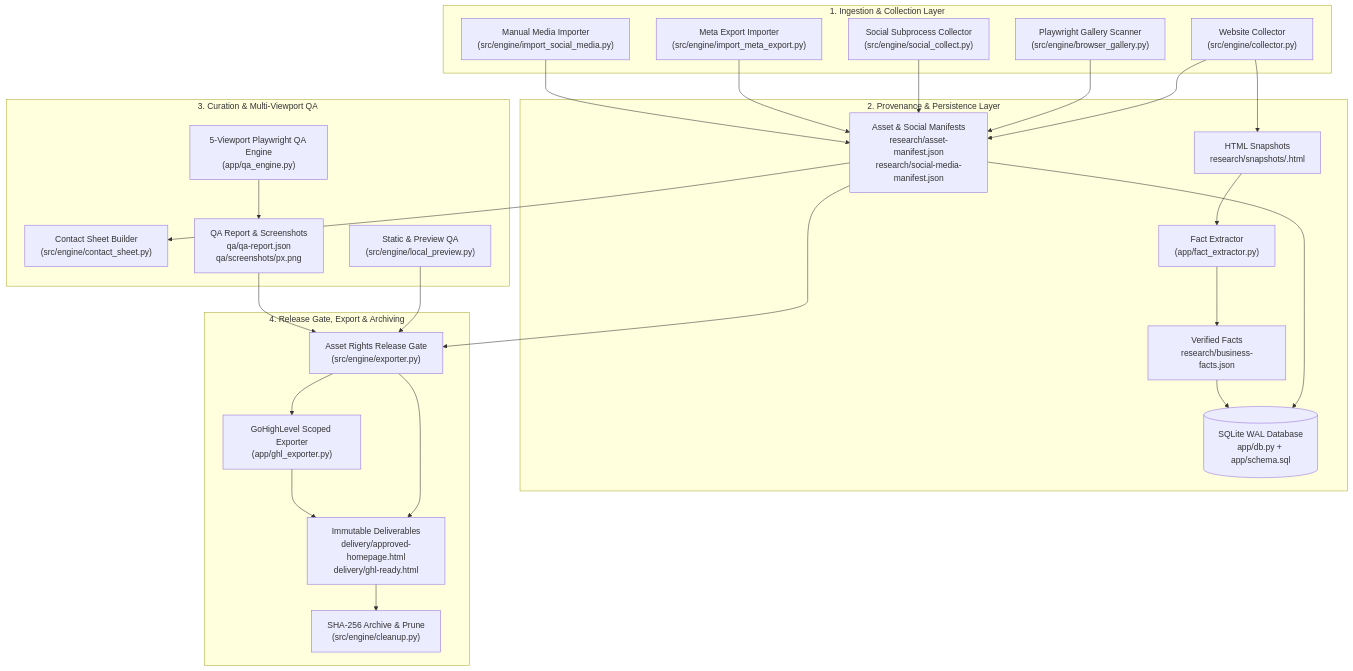
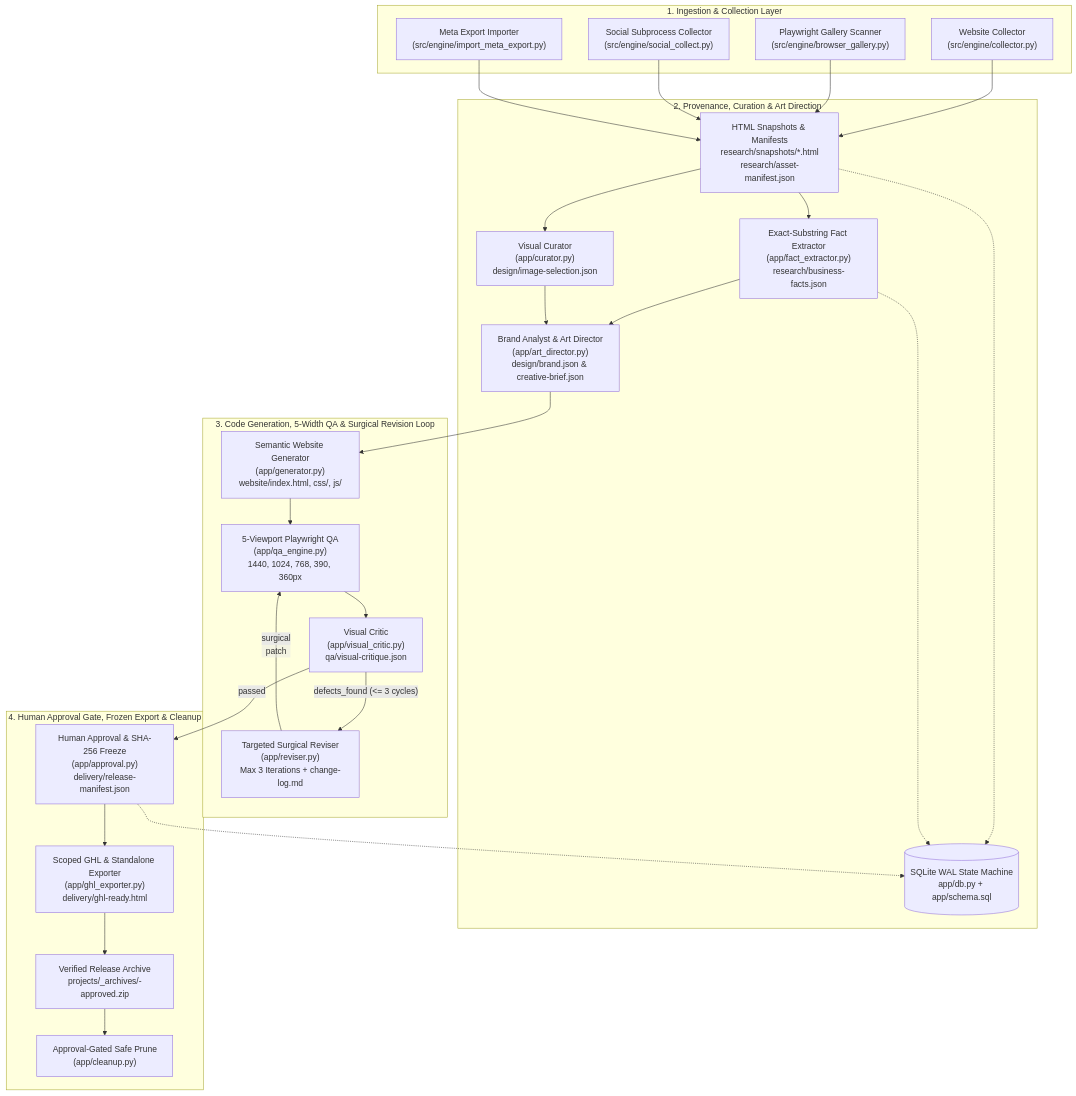
The first of 2 diagrams in README.md (rashidtesting8-ops/pet-gromming-agent-factory), drawn with Mermaid before and after one commit. The commit also changed other lines of this file, not shown here.

````diff
--- a/README.md
+++ b/README.md
@@ -83,52 +88,52 @@
 ```mermaid
 flowchart TB
     subgraph Intake["1. Ingestion & Collection Layer"]
         WC["Website Collector<br/>(src/engine/collector.py)"]
         BG["Playwright Gallery Scanner<br/>(src/engine/browser_gallery.py)"]
         SC["Social Subprocess Collector<br/>(src/engine/social_collect.py)"]
         ME["Meta Export Importer<br/>(src/engine/import_meta_export.py)"]
-        SI["Manual Media Importer<br/>(src/engine/import_social_media.py)"]
     end
 
-    subgraph Storage["2. Provenance & Persistence Layer"]
-        SNAP["HTML Snapshots<br/>research/snapshots/<sha256>.html"]
-        MAN["Asset & Social Manifests<br/>research/asset-manifest.json<br/>research/social-media-manifest.json"]
-        DB[("SQLite WAL Database<br/>app/db.py + app/schema.sql")]
-        FE["Fact Extractor<br/>(app/fact_extractor.py)"]
-        FACTS["Verified Facts<br/>research/business-facts.json"]
+    subgraph Intelligence["2. Provenance, Curation & Art Direction"]
+        SNAP["HTML Snapshots & Manifests<br/>research/snapshots/*.html<br/>research/asset-manifest.json"]
+        FE["Exact-Substring Fact Extractor<br/>(app/fact_extractor.py)<br/>research/business-facts.json"]
+        CUR["Visual Curator<br/>(app/curator.py)<br/>design/image-selection.json"]
+        ART["Brand Analyst & Art Director<br/>(app/art_director.py)<br/>design/brand.json & creative-brief.json"]
+        DB[("SQLite WAL State Machine<br/>app/db.py + app/schema.sql")]
     end
 
-    subgraph Verification["3. Curation & Multi-Viewport QA"]
-        CS["Contact Sheet Builder<br/>(src/engine/contact_sheet.py)"]
-        LP["Static & Preview QA<br/>(src/engine/local_preview.py)"]
-        QA["5-Viewport Playwright QA Engine<br/>(app/qa_engine.py)"]
-        QAR["QA Report & Screenshots<br/>qa/qa-report.json<br/>qa/screenshots/<width>px.png"]
+    subgraph Synthesis["3. Code Generation, 5-Width QA & Surgical Revision Loop"]
+        GEN["Semantic Website Generator<br/>(app/generator.py)<br/>website/index.html, css/, js/"]
+        QA["5-Viewport Playwright QA<br/>(app/qa_engine.py)<br/>1440, 1024, 768, 390, 360px"]
+        VC["Visual Critic<br/>(app/visual_critic.py)<br/>qa/visual-critique.json"]
+        REV["Targeted Surgical Reviser<br/>(app/reviser.py)<br/>Max 3 Iterations + change-log.md"]
     end
 
-    subgraph Release["4. Release Gate, Export & Archiving"]
-        GATE["Asset Rights Release Gate<br/>(src/engine/exporter.py)"]
-        GHL["GoHighLevel Scoped Exporter<br/>(app/ghl_exporter.py)"]
-        DEL["Immutable Deliverables<br/>delivery/approved-homepage.html<br/>delivery/ghl-ready.html"]
-        CLN["SHA-256 Archive & Prune<br/>(src/engine/cleanup.py)"]
+    subgraph Release["4. Human Approval Gate, Frozen Export & Cleanup"]
+        APP["Human Approval & SHA-256 Freeze<br/>(app/approval.py)<br/>delivery/release-manifest.json"]
+        GHL["Scoped GHL & Standalone Exporter<br/>(app/ghl_exporter.py)<br/>delivery/ghl-ready.html"]
+        ZIP["Verified Release Archive<br/>projects/_archives/<id>-approved.zip"]
+        PRN["Approval-Gated Safe Prune<br/>(app/cleanup.py)"]
     end
 
     WC --> SNAP
-    WC --> MAN
-    BG --> MAN
-    SC --> MAN
-    ME --> MAN
-    SI --> MAN
+    BG --> SNAP
+    SC --> SNAP
+    ME --> SNAP
     SNAP --> FE
-    FE --> FACTS
-    MAN --> DB
-    FACTS --> DB
-    MAN --> CS
-    MAN --> GATE
-    LP --> GATE
-    QA --> QAR
-    QAR --> GATE
-    GATE --> GHL
-    GATE --> DEL
-    GHL --> DEL
-    DEL --> CLN
+    SNAP --> CUR
+    FE --> ART
+    CUR --> ART
+    ART --> GEN
+    GEN --> QA
+    QA --> VC
+    VC -- "defects_found (<= 3 cycles)" --> REV
+    REV -- "surgical <section> patch" --> QA
+    VC -- "passed" --> APP
+    APP --> GHL
+    GHL --> ZIP
+    ZIP --> PRN
+    SNAP -.-> DB
+    FE -.-> DB
+    APP -.-> DB
 ```
````
